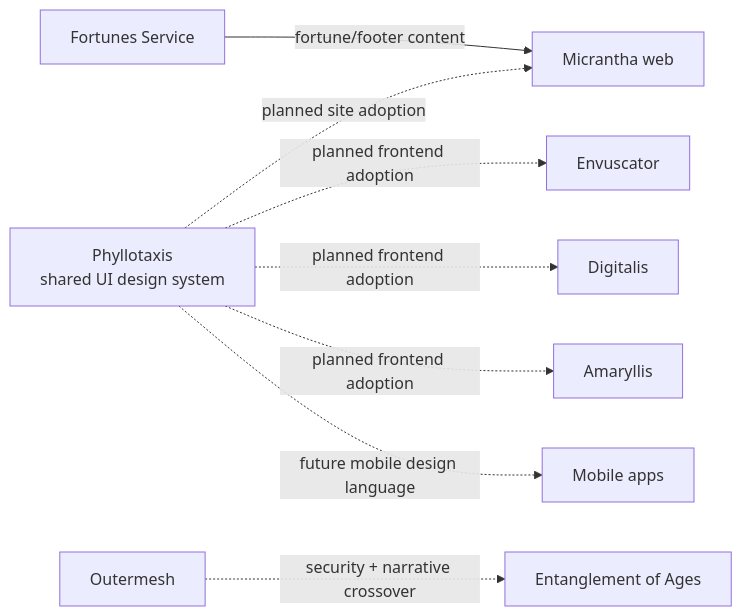
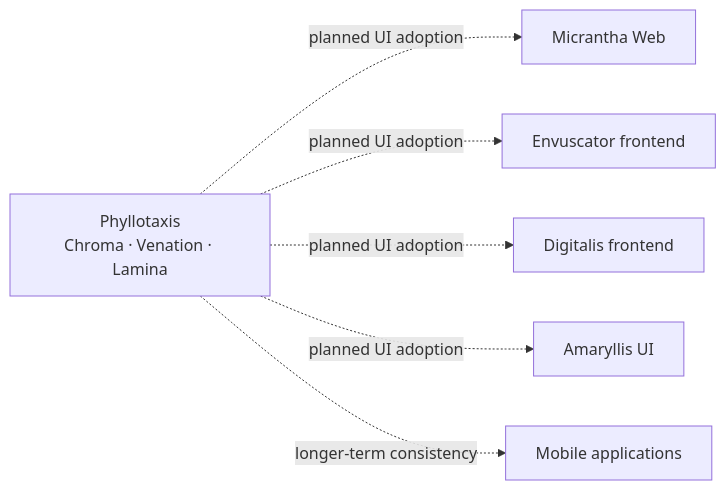
One commit to hackelia-micrantha/.github changed the fifth of 6 diagrams in docs/architecture/ecosystem-integration.md. Above: the diagram before and after it, drawn with Mermaid. The commit also changed other lines of this file, not shown here.

````diff
--- a/docs/architecture/ecosystem-integration.md
+++ b/docs/architecture/ecosystem-integration.md
@@ -104,11 +121,9 @@
 ```mermaid
 flowchart LR
-    Ph["Phyllotaxis<br/>shared UI design system"]
-    Ph -. "planned site adoption" .-> Web["Micrantha web"]
-    Ph -. "planned frontend adoption" .-> Env["Envuscator"]
-    Ph -. "planned frontend adoption" .-> Dig["Digitalis"]
-    Ph -. "planned frontend adoption" .-> Amy["Amaryllis"]
-    Ph -. "future mobile design language" .-> Mobile["Mobile apps"]
-    Fort["Fortunes Service"] -->|"fortune/footer content"| Web
-    Out["Outermesh"] -. "security + narrative crossover" .-> EOA["Entanglement of Ages"]
+    Ph["Phyllotaxis<br/>Chroma · Venation · Lamina"]
+    Ph -. "planned UI adoption" .-> Web["Micrantha Web"]
+    Ph -. "planned UI adoption" .-> Env["Envuscator frontend"]
+    Ph -. "planned UI adoption" .-> Dig["Digitalis frontend"]
+    Ph -. "planned UI adoption" .-> Amy["Amaryllis UI"]
+    Ph -. "longer-term consistency" .-> Native["Mobile applications"]
 ```
````
